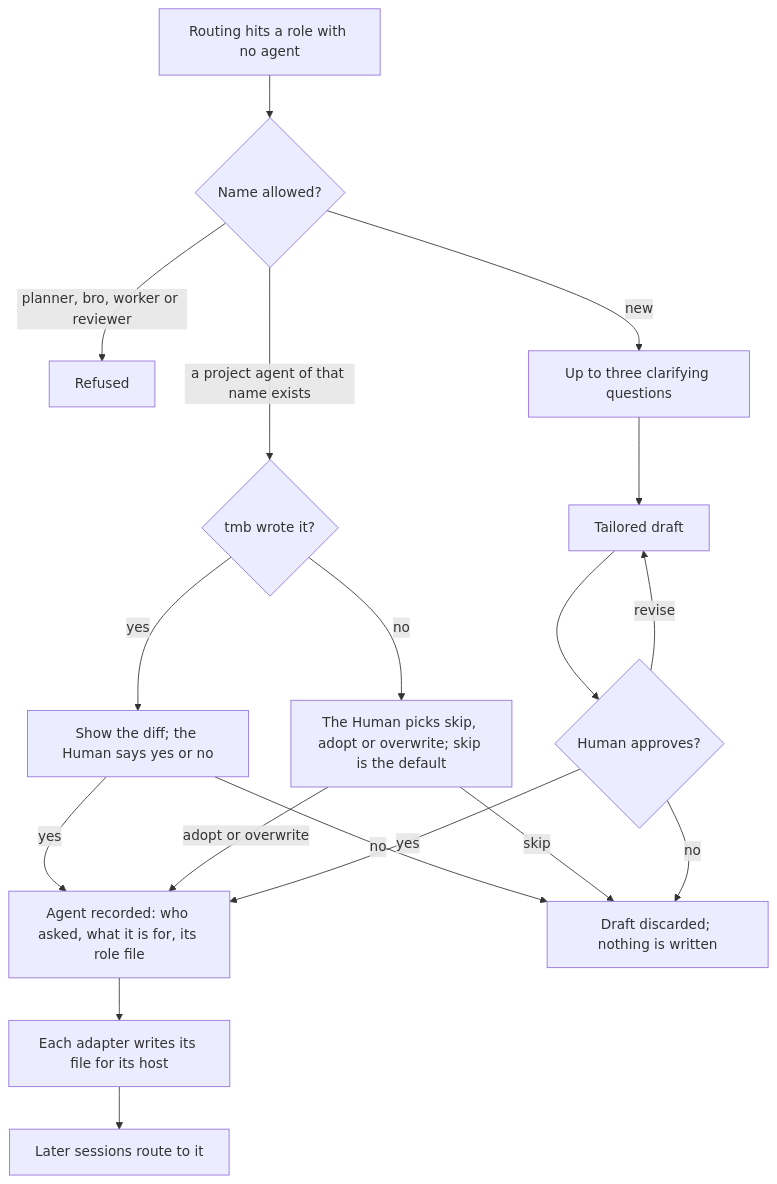
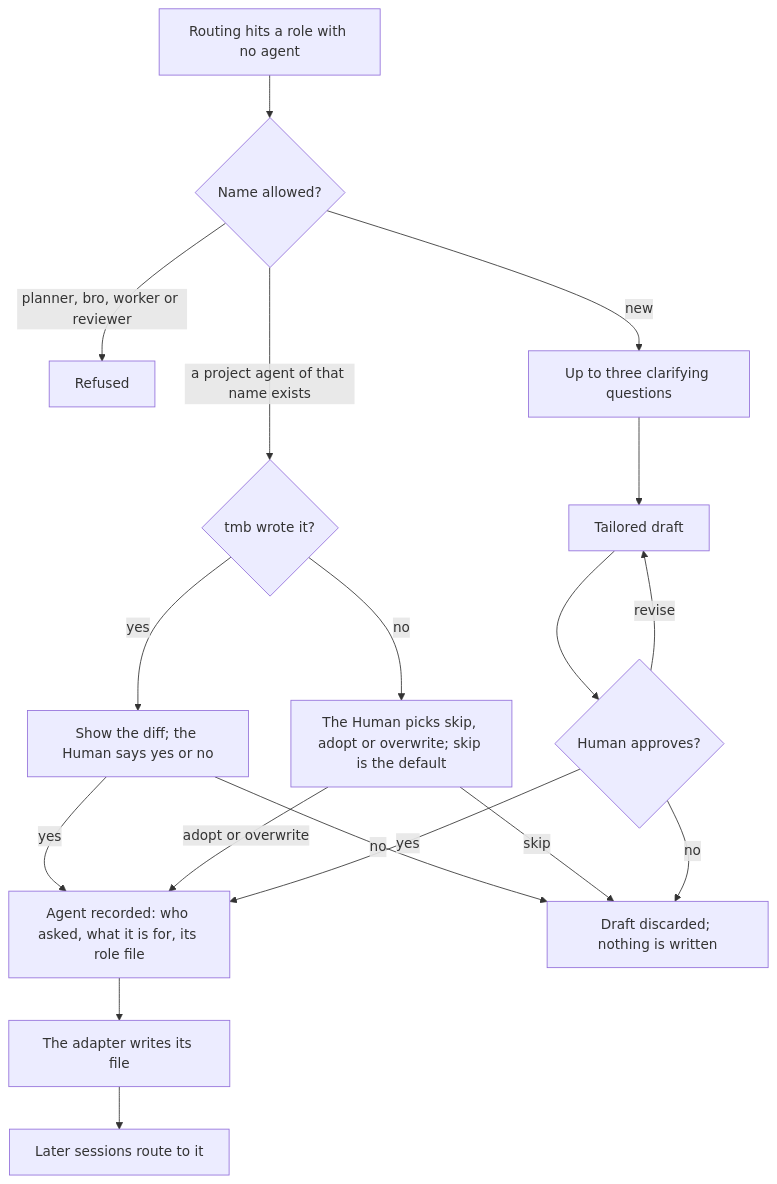
Before and after one commit to trustmybot/tmb: the sixth of 7 diagrams in docs/flows/4_EXTENDING.md, drawn with Mermaid. The commit also changed other lines of this file and 14 other files, not shown here.

Commit message:
📝 docs: flows, adapters, engine, roles and release pages follow the template; several-hosts design removed

````diff
--- a/docs/flows/4_EXTENDING.md
+++ b/docs/flows/4_EXTENDING.md
@@ -197,20 +197,20 @@
 ```mermaid
 flowchart TD
-    A[Routing hits a role with no agent] --> B{Name allowed?}
-    B -- "planner, bro, worker or reviewer" --> X[Refused]
-    B -- a project agent of that name exists --> T{tmb wrote it?}
+    A["Routing hits a role with no agent"] --> B{"Name allowed?"}
+    B -- "planner, bro, worker or reviewer" --> X["Refused"]
+    B -- "a project agent of that name exists" --> T{"tmb wrote it?"}
     T -- yes --> U["Show the diff; the Human says yes or no"]
     T -- no --> V["The Human picks skip, adopt or overwrite; skip is the default"]
     U -- yes --> W
-    V -- adopt or overwrite --> W
+    V -- "adopt or overwrite" --> W
     U -- no --> Z
     V -- skip --> Z
-    B -- new --> Q[Up to three clarifying questions]
-    Q --> D[Tailored draft]
-    D --> H{Human approves?}
+    B -- new --> Q["Up to three clarifying questions"]
+    Q --> D["Tailored draft"]
+    D --> H{"Human approves?"}
     H -- revise --> D
     H -- no --> Z["Draft discarded; nothing is written"]
     H -- yes --> W["Agent recorded: who asked, what it is for, its role file"]
-    W --> P[Each adapter writes its file for its host]
+    W --> P["The adapter writes its file"]
     P --> R["Later sessions route to it"]
 ```
````
